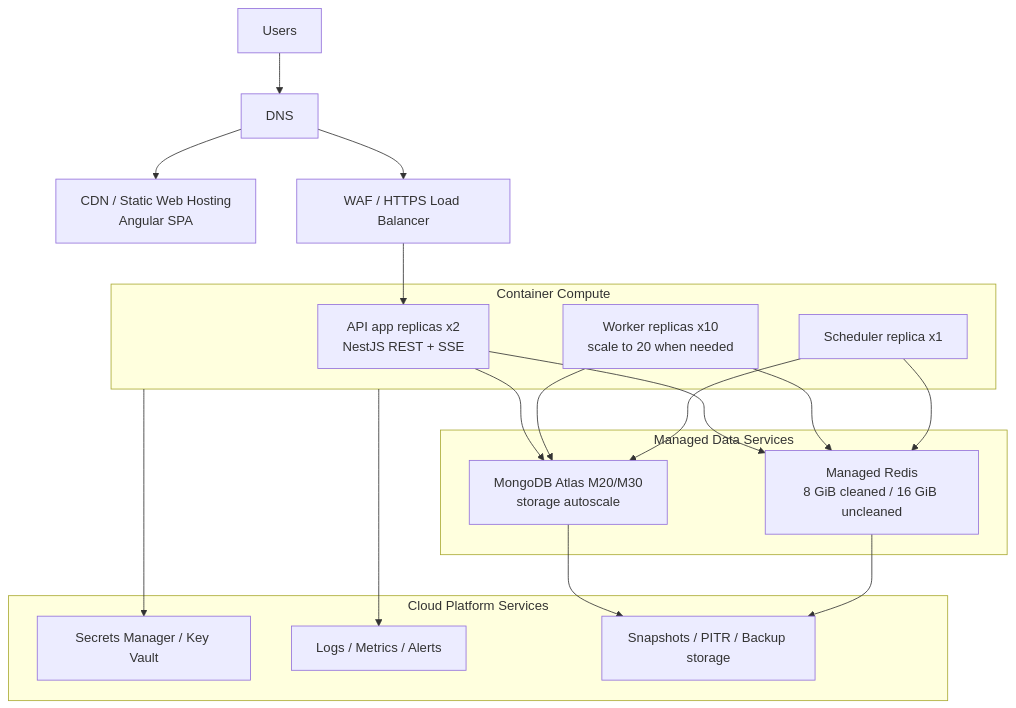
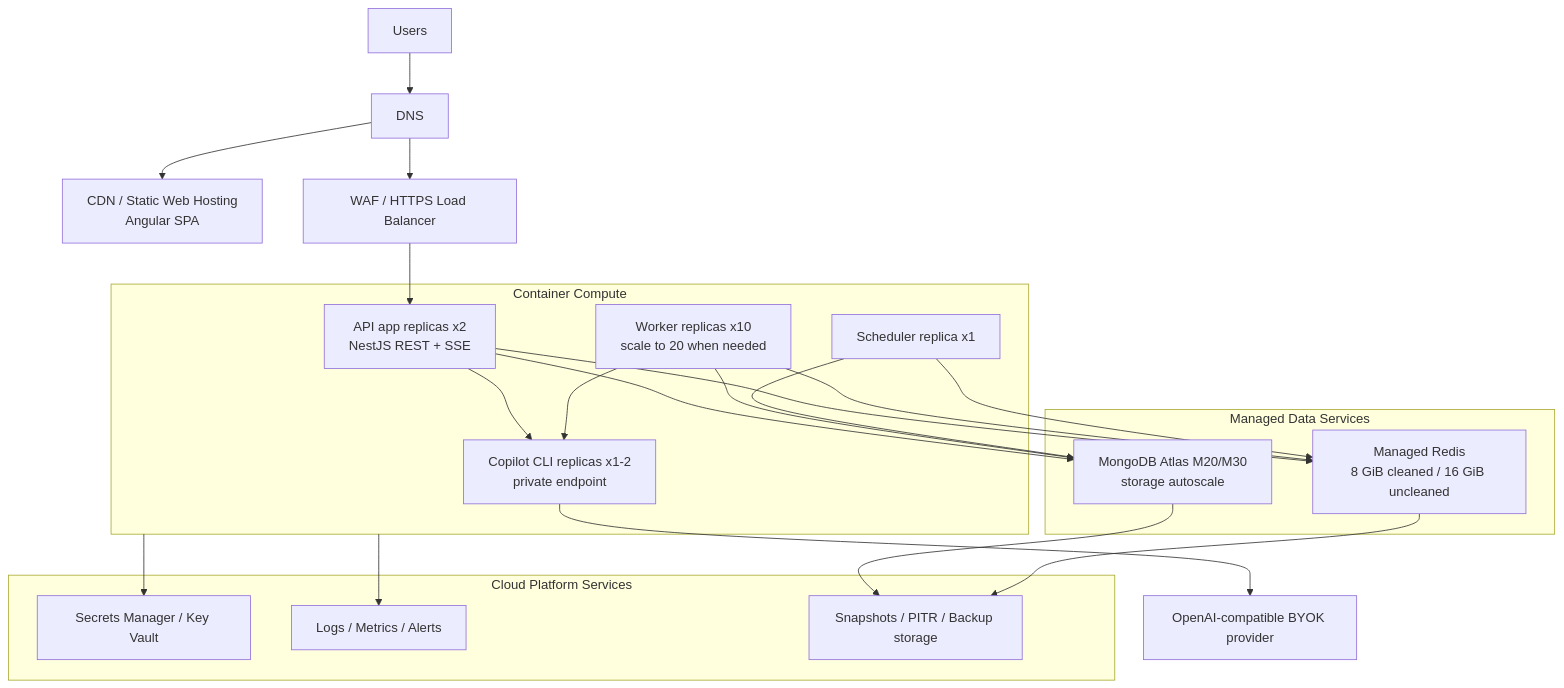
Diagram 12 of 17 in production-resource-architecture-proposal.md (chunkai1312/temp), drawn with Mermaid before and after one commit. The commit also changed other lines of this file, not shown here.

````diff
--- a/production-resource-architecture-proposal.md
+++ b/production-resource-architecture-proposal.md
@@ -410,35 +483,39 @@
 ```mermaid
 flowchart TB
   USERS["Users"] --> DNS["DNS"]
   DNS --> CDN["CDN / Static Web Hosting\nAngular SPA"]
   DNS --> WAF["WAF / HTTPS Load Balancer"]
   WAF --> API["API app replicas x2\nNestJS REST + SSE"]
 
   subgraph COMPUTE["Container Compute"]
     API
+    CLI["Copilot CLI replicas x1-2\nprivate endpoint"]
     WORKERS["Worker replicas x10\nscale to 20 when needed"]
     SCHED["Scheduler replica x1"]
   end
 
   subgraph MANAGED["Managed Data Services"]
     ATLAS["MongoDB Atlas M20/M30\nstorage autoscale"]
     REDIS["Managed Redis\n8 GiB cleaned / 16 GiB uncleaned"]
   end
 
   subgraph PLATFORM["Cloud Platform Services"]
     SECRETS["Secrets Manager / Key Vault"]
     OBS["Logs / Metrics / Alerts"]
     BACKUP["Snapshots / PITR / Backup storage"]
   end
 
   API --> ATLAS
   API --> REDIS
+  API --> CLI
   WORKERS --> ATLAS
   WORKERS --> REDIS
+  WORKERS --> CLI
   SCHED --> ATLAS
   SCHED --> REDIS
+  CLI --> PROVIDER["OpenAI-compatible BYOK provider"]
   COMPUTE --> OBS
   ATLAS --> BACKUP
   REDIS --> BACKUP
   COMPUTE --> SECRETS
 ```
````
